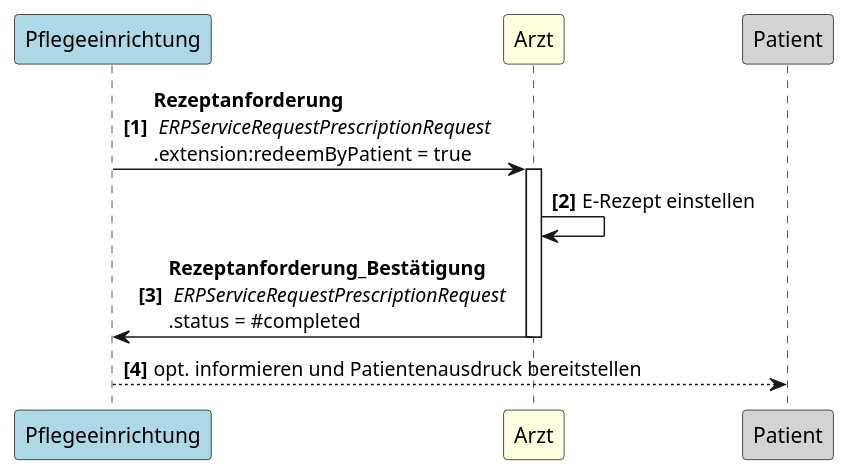
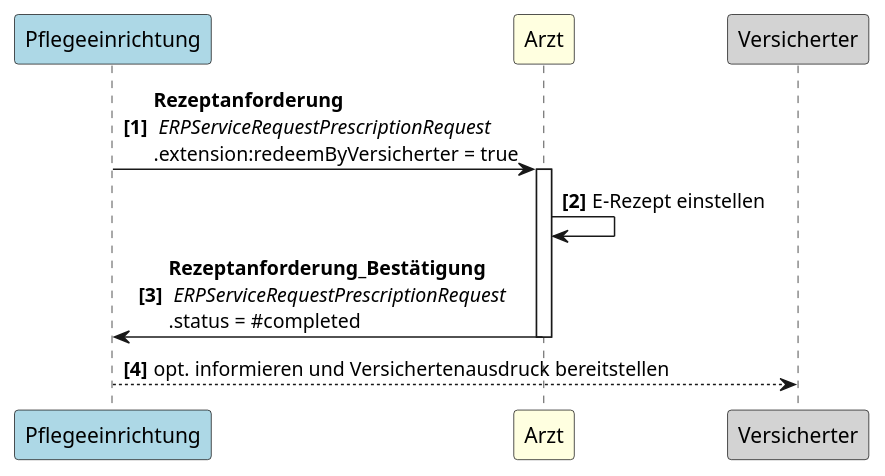
Before and after one commit to gematik/spec-E-Rezept-ServiceRequest: the diagram in input/images-source/UC2.plantuml, drawn with PlantUML. The commit also changed 3 other files, not shown here.

Commit message:
Change Patient to versicherter

```diff
--- a/input/images-source/UC2.plantuml
+++ b/input/images-source/UC2.plantuml
@@ -1,12 +1,12 @@
 @startuml UC2
 autonumber "<b>[0]"
 participant Pflegeeinrichtung as PE #LightBlue
 participant Arzt as A #LightYellow
-participant Patient as P #LightGrey
+participant Versicherter as P #LightGrey
 
-PE -> A++: <b>Rezeptanforderung\n <i>ERPServiceRequestPrescriptionRequest \n.extension:redeemByPatient = true
+PE -> A++: <b>Rezeptanforderung\n <i>ERPServiceRequestPrescriptionRequest \n.extension:redeemByVersicherter = true
 A -> A: E-Rezept einstellen
 A -> PE--: <b>Rezeptanforderung_Bestätigung\n <i>ERPServiceRequestPrescriptionRequest  \n.status = #completed
-PE --> P: opt. informieren und Patientenausdruck bereitstellen
+PE --> P: opt. informieren und Versichertenausdruck bereitstellen
 
 @enduml
```
